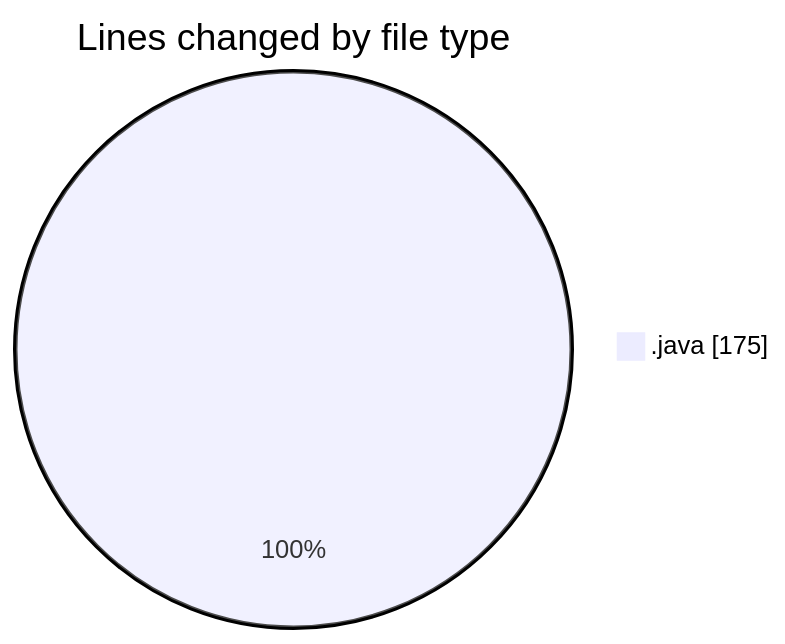
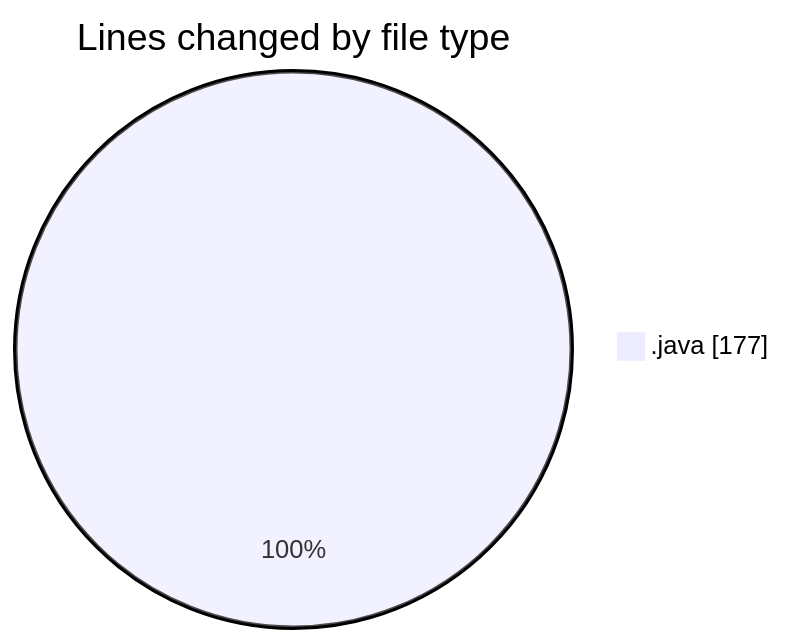
Before and after one commit to hasnaa123/code-tracking: the first of 2 diagrams in 2026-05-23/java-avanc-e-et-uml/README.md, drawn with Mermaid. The commit also changed other lines of this file and 1 other file, not shown here.

````diff
--- a/2026-05-23/java-avanc-e-et-uml/README.md
+++ b/2026-05-23/java-avanc-e-et-uml/README.md
@@ -24,5 +24,5 @@
 ```mermaid
 pie showData
 title Lines changed by file type
-".java" : 175
+".java" : 177
 ```
````
